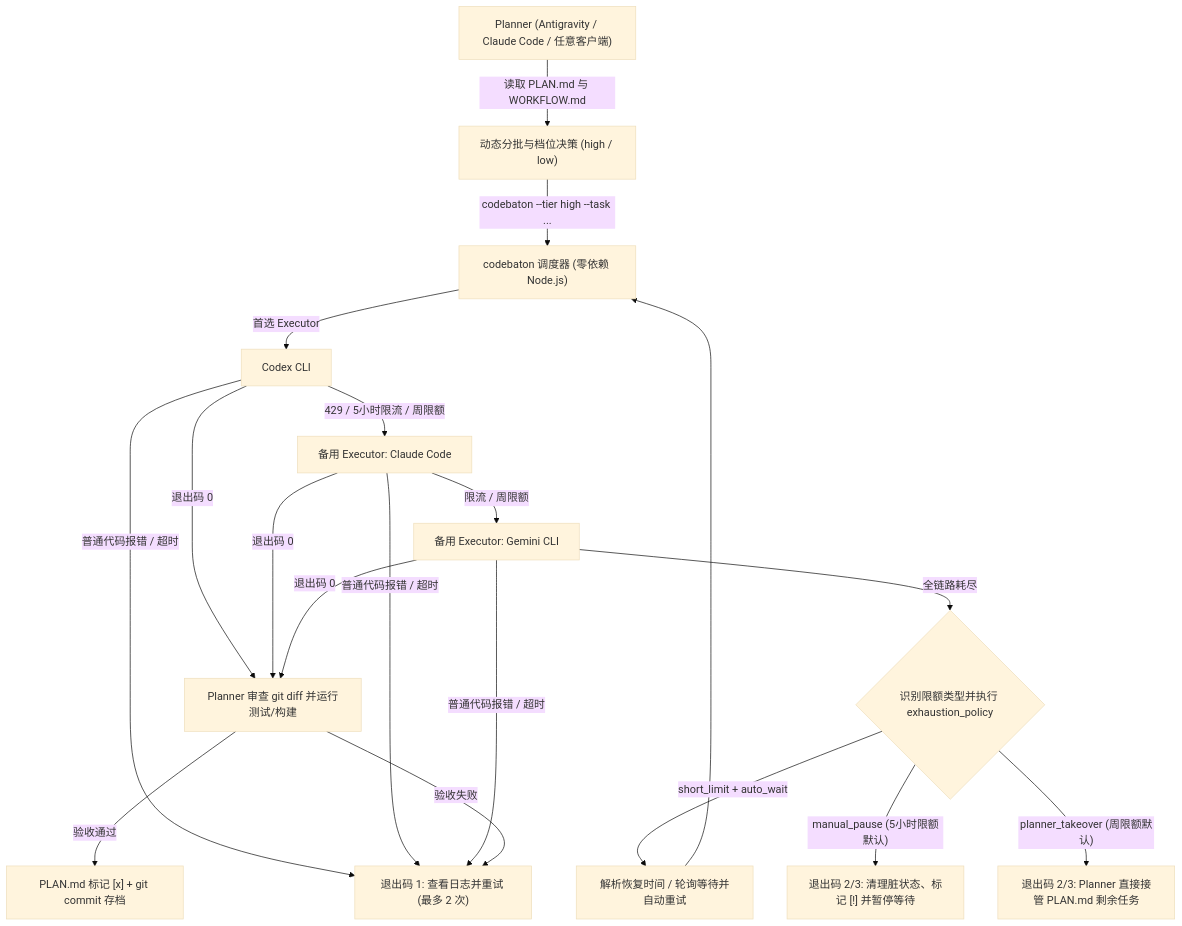
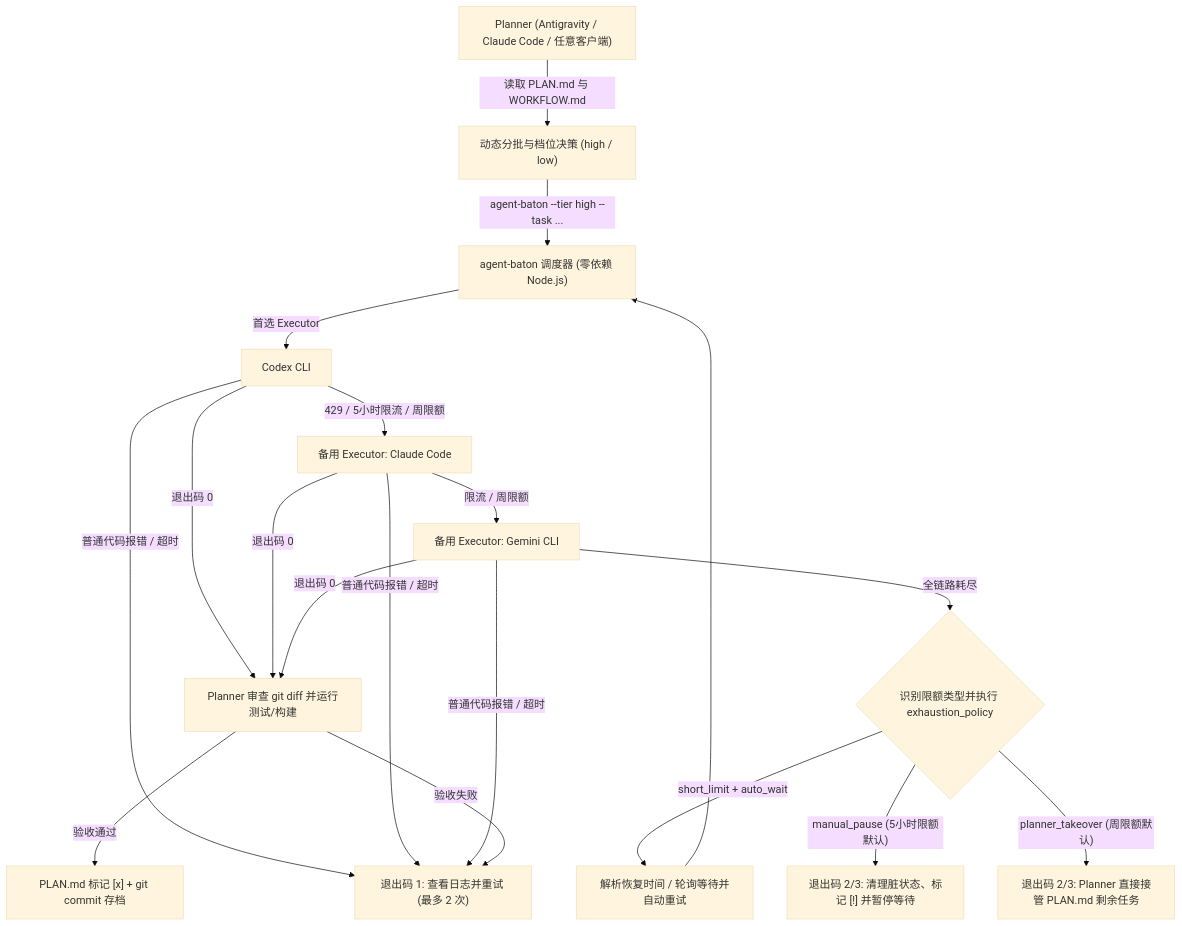
Before and after one commit to wenzhang1/agent-baton: the diagram in README.zh-CN.md, drawn with Mermaid (base theme). The commit also changed other lines of this file and 28 other files, not shown here.

Commit message:
feat: rename to agent-baton, add init subcommand, and configure npm release workflow

````diff
--- a/README.zh-CN.md
+++ b/README.zh-CN.md
@@ -22,19 +23,19 @@
 ```mermaid
 flowchart TD
     P["Planner (Antigravity / Claude Code / 任意客户端)"] -->|"读取 PLAN.md 与 WORKFLOW.md"| B["动态分批与档位决策 (high / low)"]
-    B -->|"codebaton --tier high --task ..."| C["codebaton 调度器 (零依赖 Node.js)"]
+    B -->|"agent-baton --tier high --task ..."| C["agent-baton 调度器 (零依赖 Node.js)"]
     C -->|"首选 Executor"| E1["Codex CLI"]
     E1 -->|"退出码 0"| V["Planner 审查 git diff 并运行测试/构建"]
     E1 -->|"429 / 5小时限流 / 周限额"| E2["备用 Executor: Claude Code"]
     E2 -->|"退出码 0"| V
     E2 -->|"限流 / 周限额"| E3["备用 Executor: Gemini CLI"]
     E3 -->|"退出码 0"| V
     E1 & E2 & E3 -->|"普通代码报错 / 超时"| ERR["退出码 1: 查看日志并重试 (最多 2 次)"]
     E3 -->|"全链路耗尽"| POL{"识别限额类型并执行 exhaustion_policy"}
     POL -->|"short_limit + auto_wait"| WAIT["解析恢复时间 / 轮询等待并自动重试"]
     WAIT --> C
     POL -->|"manual_pause (5小时限额默认)"| PAUSE["退出码 2/3: 清理脏状态、标记 [!] 并暂停等待"]
     POL -->|"planner_takeover (周限额默认)"| TAKE["退出码 2/3: Planner 直接接管 PLAN.md 剩余任务"]
     V -->|"验收通过"| GIT["PLAN.md 标记 [x] + git commit 存档"]
     V -->|"验收失败"| ERR
 ```
````
